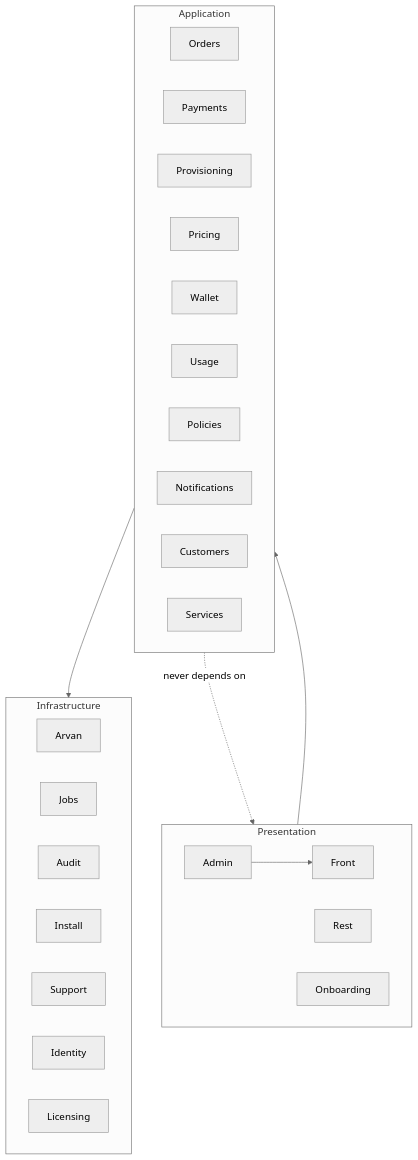
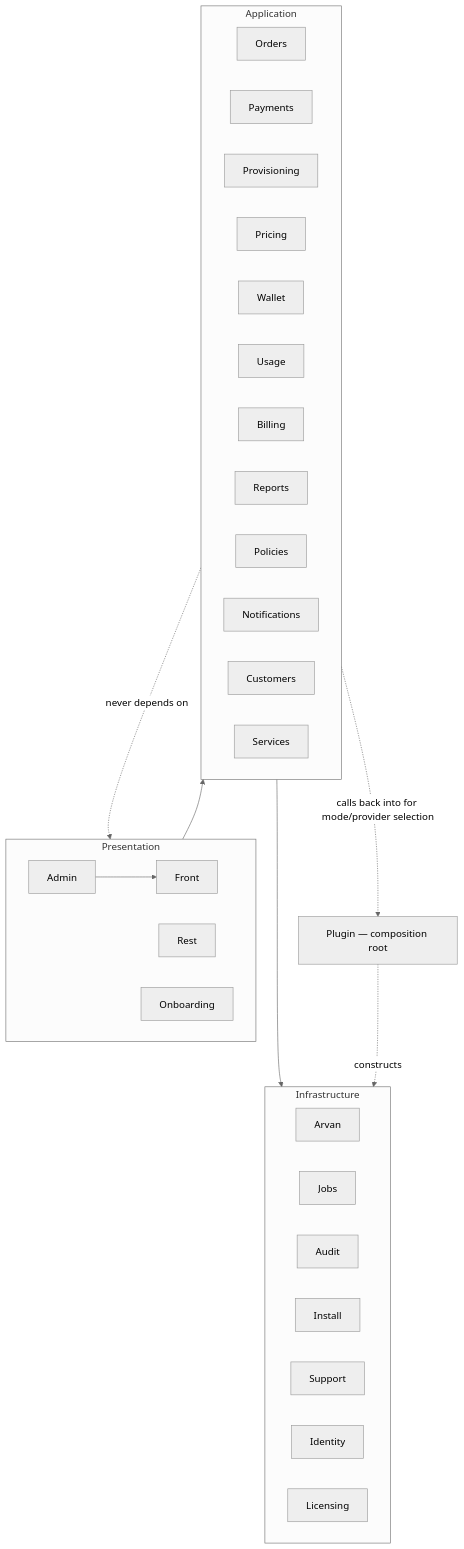
Before and after one commit to ladekarl1234-commits/arvan-reseller: the diagram in ARCHITECTURE.md, drawn with Mermaid (neutral theme). The commit also changed other lines of this file and 131 other files, not shown here.

````diff
--- a/ARCHITECTURE.md
+++ b/ARCHITECTURE.md
@@ -11,16 +11,18 @@
 ```mermaid
 flowchart TD
     subgraph P[Presentation]
         Admin --> Front
         Rest
         Onboarding
     end
     subgraph AppCore[Application]
-        Orders; Payments; Provisioning; Pricing; Wallet; Usage; Policies; Notifications; Customers; Services
+        Orders; Payments; Provisioning; Pricing; Wallet; Usage; Billing; Reports; Policies; Notifications; Customers; Services
     end
     subgraph Infra[Infrastructure]
         Arvan; Jobs; Audit; Install; Support; Identity; Licensing
     end
     P --> AppCore --> Infra
     AppCore -.never depends on.-> P
+    Plugin[Plugin — composition root] -.constructs.-> Infra
+    AppCore -.calls back into for mode/provider selection.-> Plugin
 ```
````
